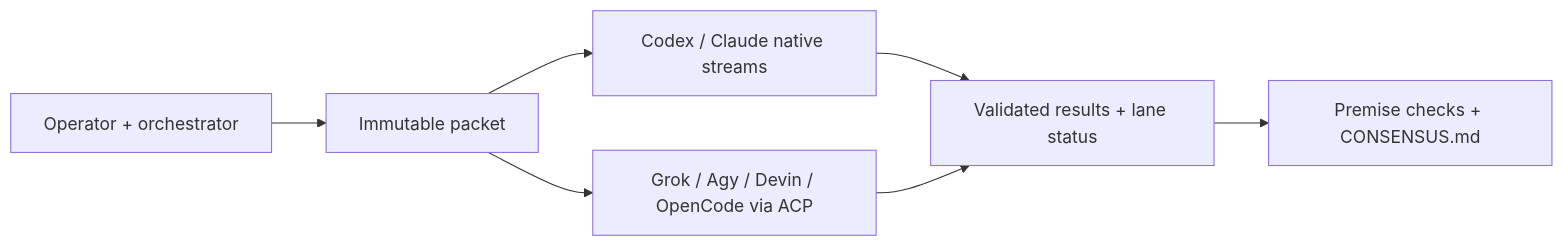
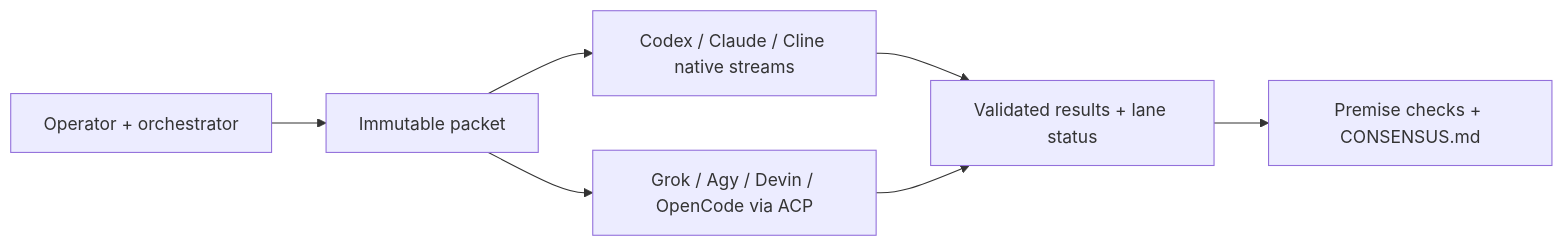
The diagram in README.md (yarco/xcheck), drawn with Mermaid before and after one commit. The commit also changed other lines of this file and 1 other file, not shown here.

Commit message:
Describe Cline native transport alongside the existing harnesses

````diff
--- a/README.md
+++ b/README.md
@@ -7,9 +7,9 @@
 ```mermaid
 flowchart LR
     A[Operator + orchestrator] --> B[Immutable packet]
-    B --> C[Codex / Claude native streams]
+    B --> C[Codex / Claude / Cline native streams]
     B --> D[Grok / Agy / Devin / OpenCode via ACP]
     C --> E[Validated results + lane status]
     D --> E
     E --> F[Premise checks + CONSENSUS.md]
 ```
````
